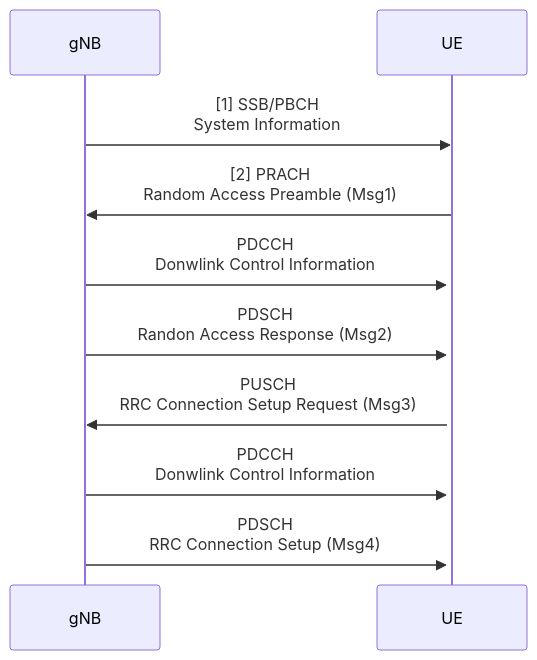
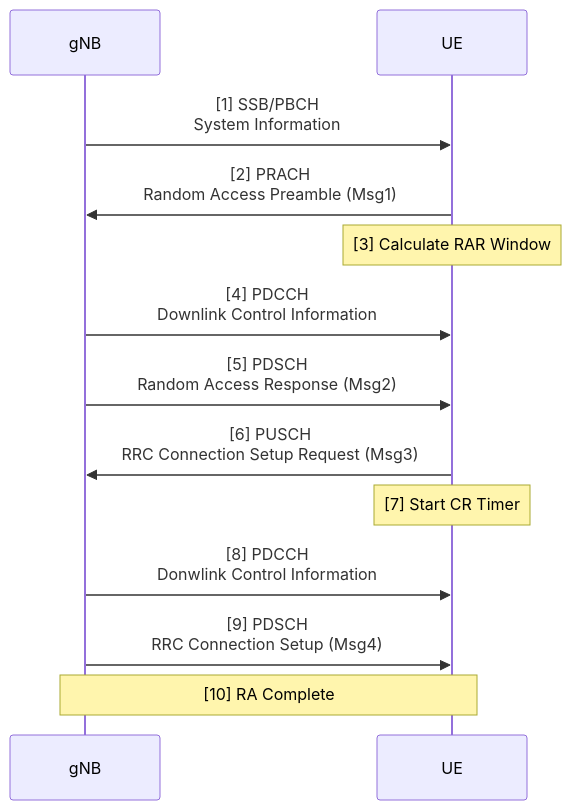
One commit to bmw-ece-ntust/wilfrid-prach-attack-analysis changed the diagram in docs/20250307 Thesis (Random Access Procedure).md. Above: the diagram before and after it, drawn with Mermaid.

Commit message:
Update 20250307 Thesis (Random Access Procedure).md

````diff
--- a/docs/20250307 Thesis (Random Access Procedure).md
+++ b/docs/20250307 Thesis (Random Access Procedure).md
@@ -16,11 +16,13 @@
 ```mermaid
 sequenceDiagram
     gNB->>UE: [1] SSB/PBCH<br/>System Information
     UE->>gNB: [2] PRACH<br/>Random Access Preamble (Msg1)
-    activate UE
-    gNB->>UE: PDCCH<br/>Donwlink Control Information
-    gNB->>UE: PDSCH<br/>Randon Access Response (Msg2)
-    UE->>gNB: PUSCH<br/>RRC Connection Setup Request (Msg3)
-    gNB->>UE: PDCCH<br/>Donwlink Control Information
-    gNB->>UE: PDSCH<br/>RRC Connection Setup (Msg4)
+    Note over UE: [3] Calculate RAR Window
+    gNB->>UE: [4] PDCCH<br/>Downlink Control Information
+    gNB->>UE: [5] PDSCH<br/>Random Access Response (Msg2)
+    UE->>gNB: [6] PUSCH<br/>RRC Connection Setup Request (Msg3)
+    Note over UE: [7] Start CR Timer
+    gNB->>UE: [8] PDCCH<br/>Donwlink Control Information
+    gNB->>UE: [9] PDSCH<br/>RRC Connection Setup (Msg4)
+    Note over UE,gNB: [10] RA Complete
 ```
````
